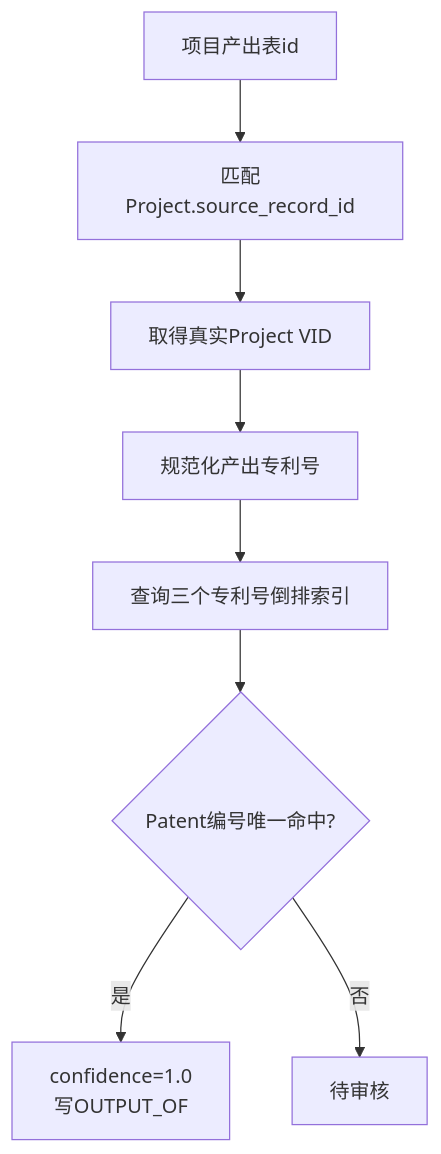
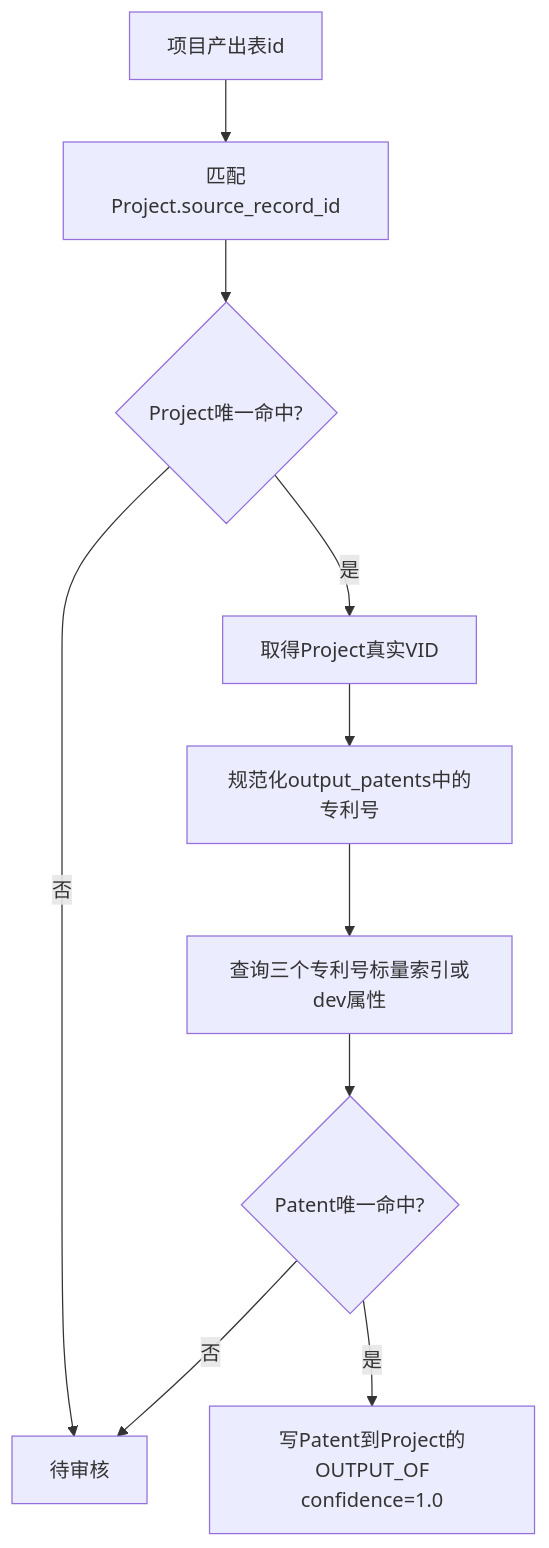
Before and after one commit to Marisolebxf/tech-kg-api: the sixth of 10 diagrams in backend/schemas/specifications/patent_relation_extraction.md, drawn with Mermaid. The commit also changed other lines of this file and 21 other files, not shown here.

````diff
--- a/backend/schemas/specifications/patent_relation_extraction.md
+++ b/backend/schemas/specifications/patent_relation_extraction.md
@@ -146,10 +188,12 @@
 ```mermaid
 flowchart TD
     A[项目产出表id] --> B[匹配Project.source_record_id]
-    B --> C[取得真实Project VID]
-    C --> D[规范化产出专利号]
-    D --> H[查询三个专利号倒排索引]
-    H --> E{Patent编号唯一命中?}
-    E -->|是| F[confidence=1.0<br/>写OUTPUT_OF]
-    E -->|否| G[待审核]
+    B --> C{Project唯一命中?}
+    C -->|否| D[待审核]
+    C -->|是| E[取得Project真实VID]
+    E --> F[规范化output_patents中的专利号]
+    F --> G[查询三个专利号标量索引或dev属性]
+    G --> H{Patent唯一命中?}
+    H -->|否| D
+    H -->|是| I[写Patent到Project的OUTPUT_OF<br/>confidence=1.0]
 ```
````
